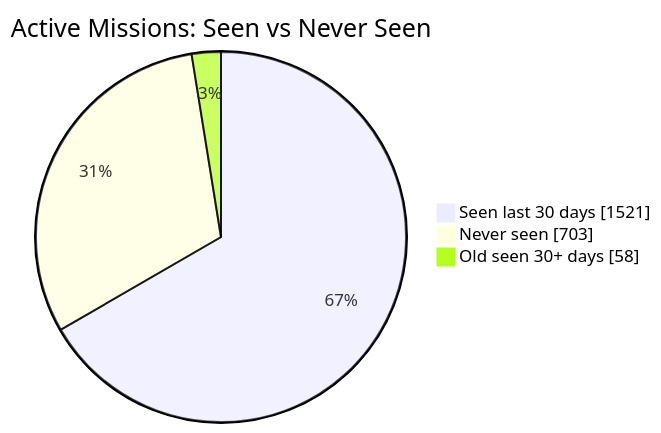
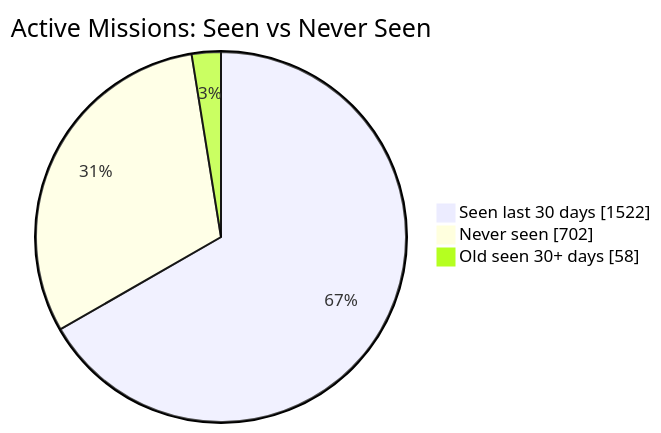
One commit to MeldkamerspelGameTeam/active-missions changed the first of 2 diagrams in README.md. Above: the diagram before and after it, drawn with Mermaid. The commit also changed other lines of this file and 2 other files, not shown here.

````diff
--- a/README.md
+++ b/README.md
@@ -34,7 +34,7 @@
 ```mermaid
 pie showData
     title Active Missions: Seen vs Never Seen
-    "Seen last 30 days" : 1521
-    "Never seen" : 703
+    "Seen last 30 days" : 1522
+    "Never seen" : 702
     "Old seen 30+ days" : 58
 ```
````
